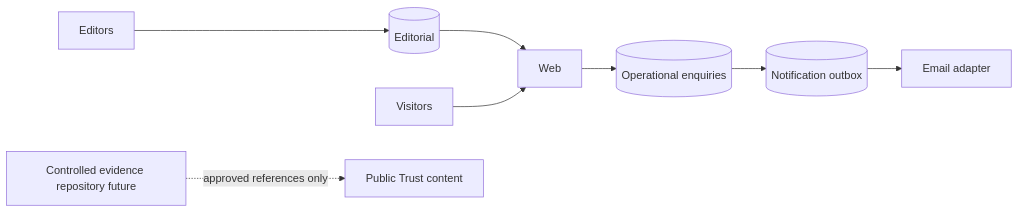
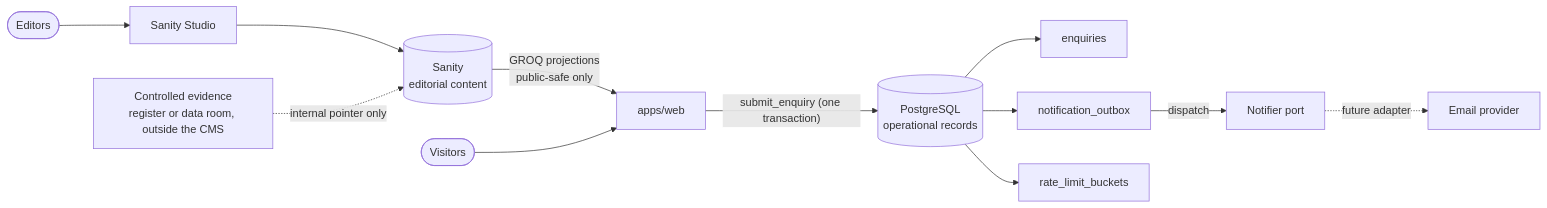
The diagram in docs/architecture/data-ownership.md (Isaacpyo/vitalos-platform), drawn with Mermaid before and after one commit. The commit also changed other lines of this file and 16 other files, not shown here.

First line of the commit message:
docs: Stage 1 status, owner decisions, architecture, operations and runbooks (#34)

````diff
--- a/docs/architecture/data-ownership.md
+++ b/docs/architecture/data-ownership.md
@@ -3,7 +5,12 @@
 ```mermaid
 flowchart LR
-Editors --> Sanity[(Editorial)] --> Web
-Visitors --> Web --> Enquiries[(Operational enquiries)]
-Enquiries --> Outbox[(Notification outbox)] --> Email[Email adapter]
-Evidence[Controlled evidence repository future] -. approved references only .-> Trust[Public Trust content]
+  Editors([Editors]) --> Studio[Sanity Studio] --> Sanity[(Sanity<br/>editorial content)]
+  Sanity -->|"GROQ projections<br/>public-safe only"| Web[apps/web]
+  Visitors([Visitors]) --> Web
+  Web -->|"submit_enquiry (one transaction)"| PG[(PostgreSQL<br/>operational records)]
+  PG --> Enquiries[enquiries]
+  PG --> Outbox[notification_outbox]
+  PG --> Buckets[rate_limit_buckets]
+  Outbox -->|dispatch| Notifier[Notifier port] -.->|future adapter| Email[Email provider]
+  Evidence[Controlled evidence<br/>register or data room, outside the CMS] -. "internal pointer only" .-> Sanity
 ```
````
